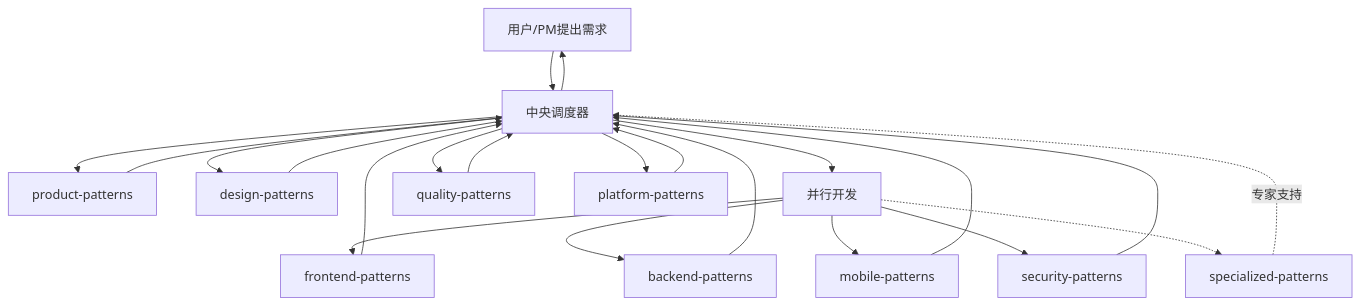
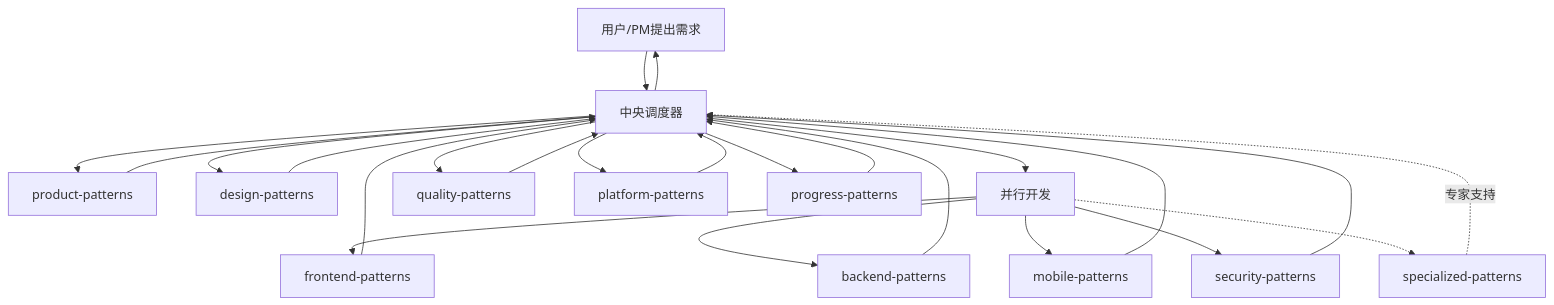
Before and after one commit to Tooooommy/Trae-Workflow: the first of 2 diagrams in agents/orchestrator.md, drawn with Mermaid. The commit also changed other lines of this file and 1 other file, not shown here.

First line of the commit message:
feat(orchestrator, progress-patterns): 拆分进度跟踪为独立 Skill

````diff
--- a/agents/orchestrator.md
+++ b/agents/orchestrator.md
@@ -26,31 +25,34 @@
 ```mermaid
 flowchart TD
     User[用户/PM提出需求] --> Orchestrator[中央调度器]
 
     Orchestrator --> Product[product-patterns]
     Product --> Orchestrator
 
     Orchestrator --> Design[design-patterns]
     Design --> Orchestrator
 
     Orchestrator --> ParallelDev[并行开发]
     ParallelDev --> FE[frontend-patterns]
     ParallelDev --> BE[backend-patterns]
     ParallelDev --> Mobile[mobile-patterns]
     ParallelDev --> Security[security-patterns]
     ParallelDev -.-> Expert[specialized-patterns]
 
     FE --> Orchestrator
     BE --> Orchestrator
     Mobile --> Orchestrator
     Security --> Orchestrator
     Expert -. 专家支持 .-> Orchestrator
 
     Orchestrator --> QA[quality-patterns]
     QA --> Orchestrator
 
     Orchestrator --> Ops[platform-patterns]
     Ops --> Orchestrator
 
+    Orchestrator --> Progress[progress-patterns]
+    Progress --> Orchestrator
+
     Orchestrator --> User
 ```
````
